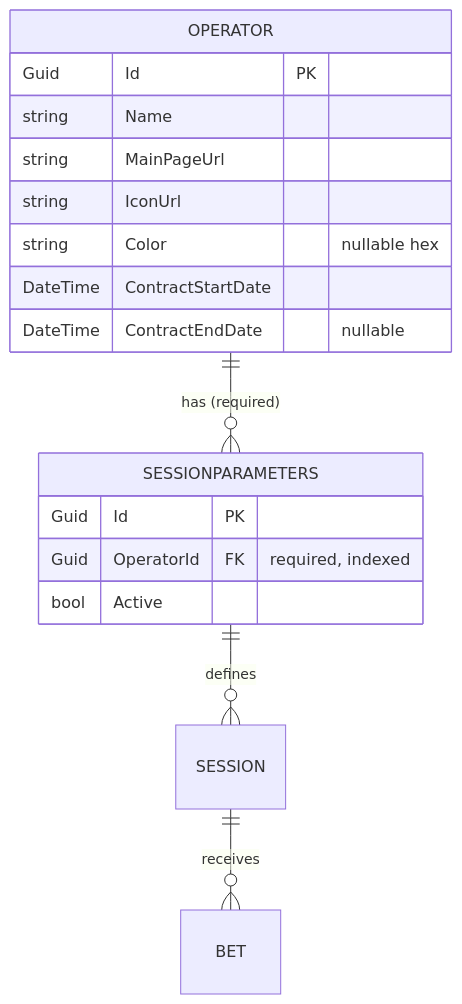
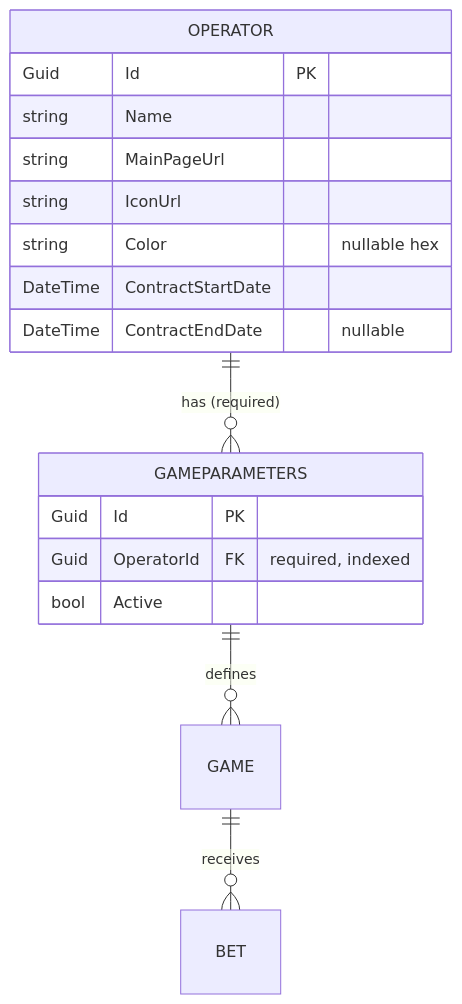
One commit to marcusruas/monkify-meta changed the first of 2 diagrams in specs/operator-feature.md. Above: the diagram before and after it, drawn with Mermaid. The commit also changed other lines of this file and 57 other files, not shown here.

First line of the commit message:
Rebrand: Monkify->ChimpOut, Session->Game in KB prose (monkify-meta)

````diff
--- a/specs/operator-feature.md
+++ b/specs/operator-feature.md
@@ -166,21 +166,21 @@
 ```mermaid
 erDiagram
-    OPERATOR ||--o{ SESSIONPARAMETERS : "has (required)"
-    SESSIONPARAMETERS ||--o{ SESSION : "defines"
-    SESSION ||--o{ BET : "receives"
+    OPERATOR ||--o{ GAMEPARAMETERS : "has (required)"
+    GAMEPARAMETERS ||--o{ GAME : "defines"
+    GAME ||--o{ BET : "receives"
 
     OPERATOR {
         Guid Id PK
         string Name
         string MainPageUrl
         string IconUrl
         string Color "nullable hex"
         DateTime ContractStartDate
         DateTime ContractEndDate "nullable"
     }
-    SESSIONPARAMETERS {
+    GAMEPARAMETERS {
         Guid Id PK
         Guid OperatorId FK "required, indexed"
         bool Active
     }
 ```
````
